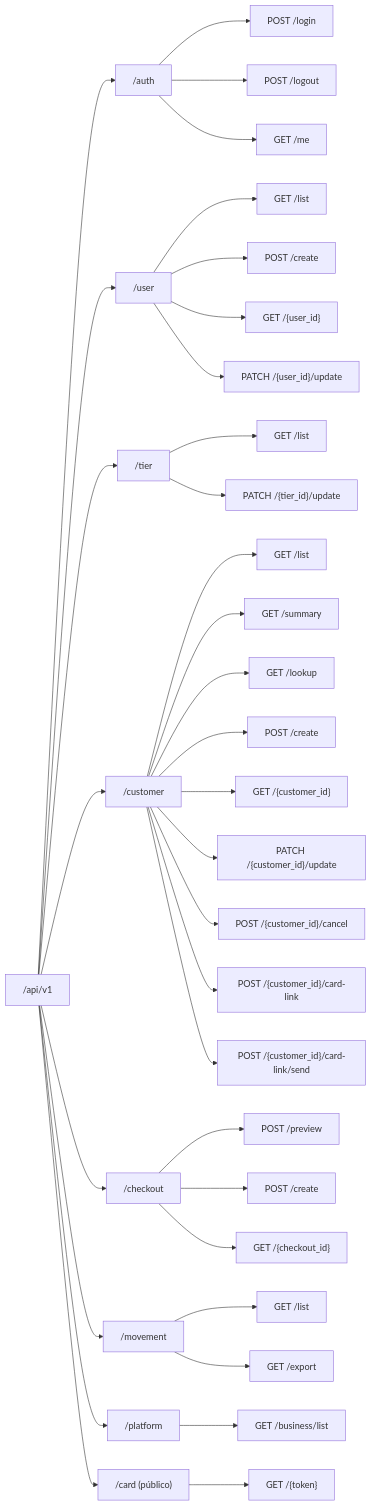
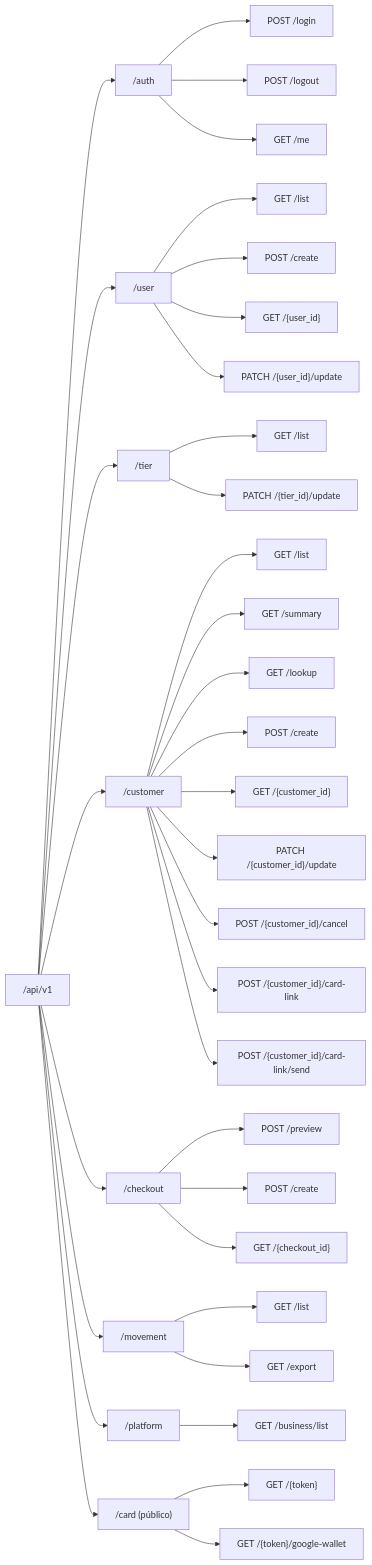
One commit to AGA-Studio/Member-Web changed the sixth of 13 diagrams in docs/ARCHITECTURE.md. Above: the diagram before and after it, drawn with Mermaid. The commit also changed other lines of this file and 1 other file, not shown here.

Commit message:
docs: documentar Google Wallet

````diff
--- a/docs/ARCHITECTURE.md
+++ b/docs/ARCHITECTURE.md
@@ -420,44 +430,45 @@
 ```mermaid
 flowchart LR
     ROOT["/api/v1"] --> AUTH["/auth"]
     ROOT --> USER["/user"]
     ROOT --> TIER["/tier"]
     ROOT --> CUST["/customer"]
     ROOT --> CHK["/checkout"]
     ROOT --> MOV["/movement"]
     ROOT --> PLAT["/platform"]
     ROOT --> CARD["/card (público)"]
 
     AUTH --> L["POST /login"]
     AUTH --> LO["POST /logout"]
     AUTH --> ME["GET /me"]
 
     USER --> UL["GET /list"]
     USER --> UC["POST /create"]
     USER --> UG["GET /{user_id}"]
     USER --> UU["PATCH /{user_id}/update"]
 
     TIER --> TL["GET /list"]
     TIER --> TU["PATCH /{tier_id}/update"]
 
     CUST --> CL["GET /list"]
     CUST --> CS["GET /summary"]
     CUST --> CK["GET /lookup"]
     CUST --> CC["POST /create"]
     CUST --> CG["GET /{customer_id}"]
     CUST --> CU["PATCH /{customer_id}/update"]
     CUST --> CX["POST /{customer_id}/cancel"]
     CUST --> CLK["POST /{customer_id}/card-link"]
     CUST --> CLS["POST /{customer_id}/card-link/send"]
 
     CHK --> KP["POST /preview"]
     CHK --> KC["POST /create"]
     CHK --> KG["GET /{checkout_id}"]
 
     MOV --> VL["GET /list"]
     MOV --> VE["GET /export"]
 
     PLAT --> PB["GET /business/list"]
 
     CARD --> DG["GET /{token}"]
+    CARD --> DW["GET /{token}/google-wallet"]
 ```
````
